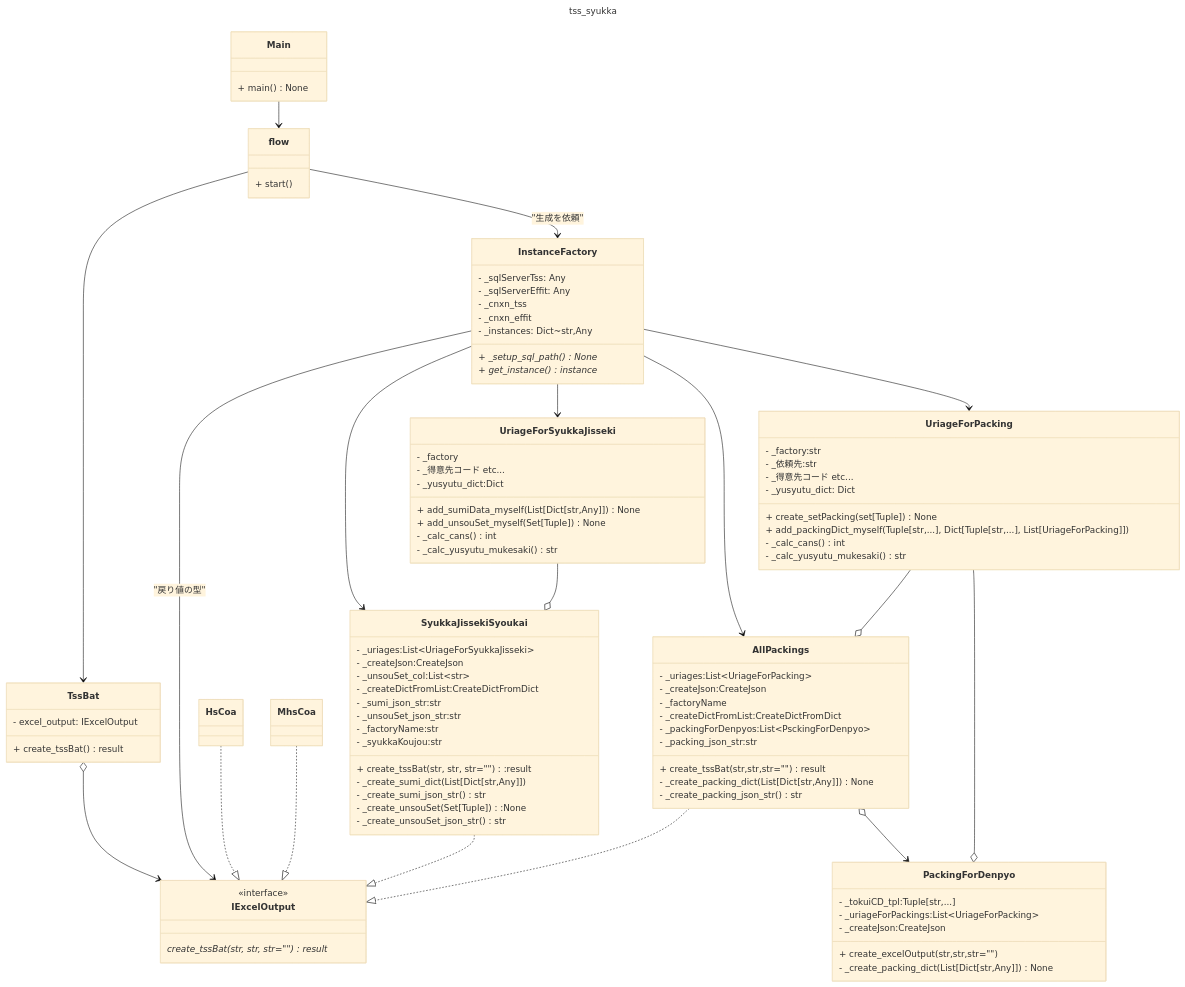
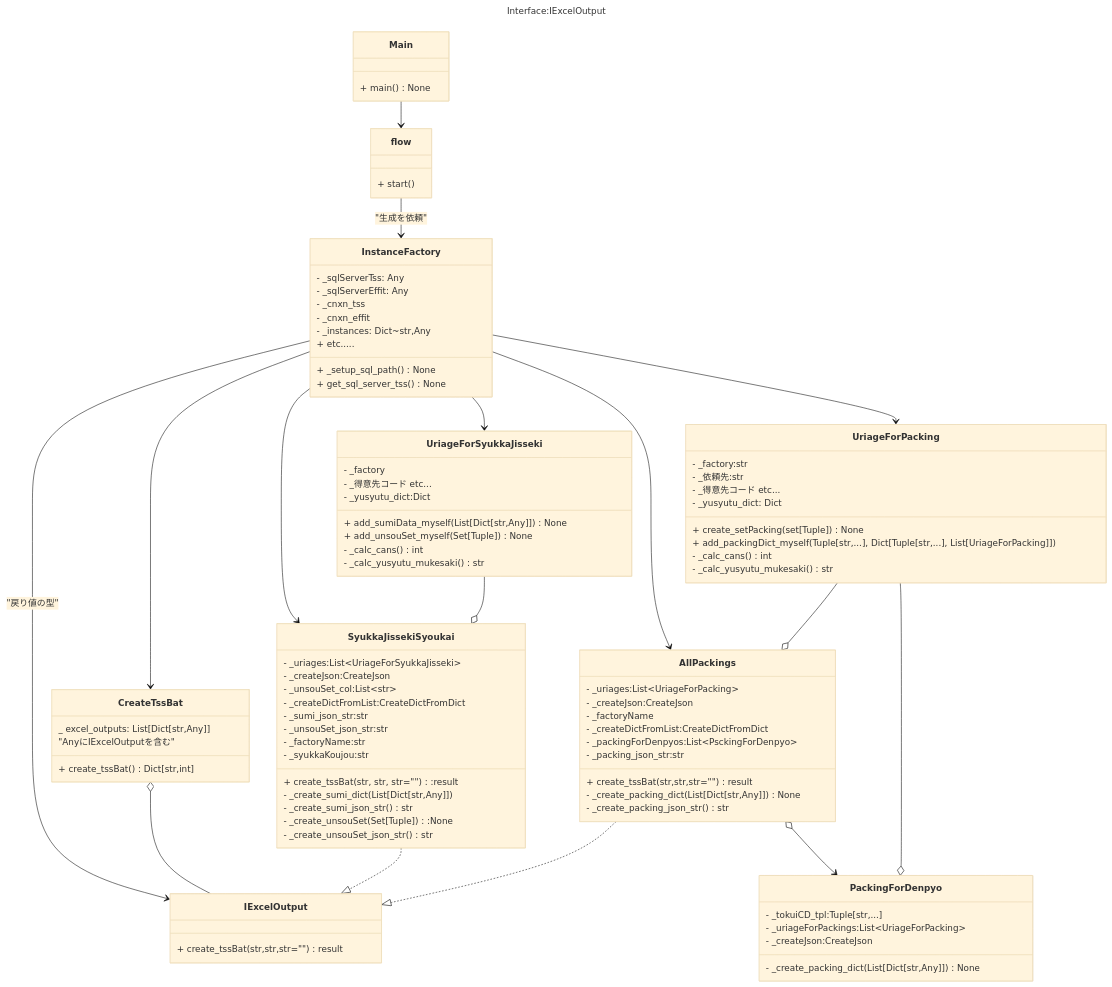
One commit to ogashira/tss_syukka changed the second of 2 diagrams in tss_syukka.md. Above: the diagram before and after it, drawn with Mermaid (base theme). The commit also changed other lines of this file and 5 other files, not shown here.

````diff
--- a/tss_syukka.md
+++ b/tss_syukka.md
@@ -141,6 +72,6 @@
 ```mermaid
 ---
-title: tss_syukka
+title: Interface:IExcelOutput
 ---
 classDiagram
 direction TB 
@@ -157,16 +88,17 @@
     - _cnxn_tss
     - _cnxn_effit
     - _instances: Dict~str,Any
-    + _setup_sql_path()None*
-    + get_instance()instance*
+    + _setup_sql_path()None
+    + get_sql_server_tss()None
+    + etc.....
 }
-class TssBat{
-    - excel_output: IExcelOutput
-    + create_tssBat()result
+class CreateTssBat{
+    _ excel_outputs: List[Dict[str,Any]] 
+    "AnyにIExcelOutputを含む"
+    + create_tssBat()Dict[str,int]
 }
 class IExcelOutput{
-    <<interface>>
-    create_tssBat(str, str, str="")result*
+    + create_tssBat(str,str,str="")result
 }
 class SyukkaJissekiSyoukai{
     - _uriages:List~UriageForSyukkaJisseki~
@@ -198,7 +130,6 @@
     - _tokuiCD_tpl:Tuple[str,...]
     - _uriageForPackings:List~UriageForPacking~
     - _createJson:CreateJson
-    + create_excelOutput(str,str,str="")
     - _create_packing_dict(List[Dict[str,Any]])None
 }
 class UriageForSyukkaJisseki{
@@ -222,18 +153,15 @@
 }
 Main --> flow
 flow --> InstanceFactory: "生成を依頼"
-flow --> TssBat
-TssBat o--> IExcelOutput
 
 InstanceFactory --> UriageForPacking
 InstanceFactory --> UriageForSyukkaJisseki
 InstanceFactory --> SyukkaJissekiSyoukai
 InstanceFactory --> AllPackings
 InstanceFactory --> IExcelOutput: "戻り値の型"
+InstanceFactory --> CreateTssBat
 
-
-HsCoa ..|> IExcelOutput
-MhsCoa ..|> IExcelOutput
+CreateTssBat o-- IExcelOutput
 SyukkaJissekiSyoukai ..|> IExcelOutput
 AllPackings ..|> IExcelOutput
 AllPackings o--> PackingForDenpyo
````
